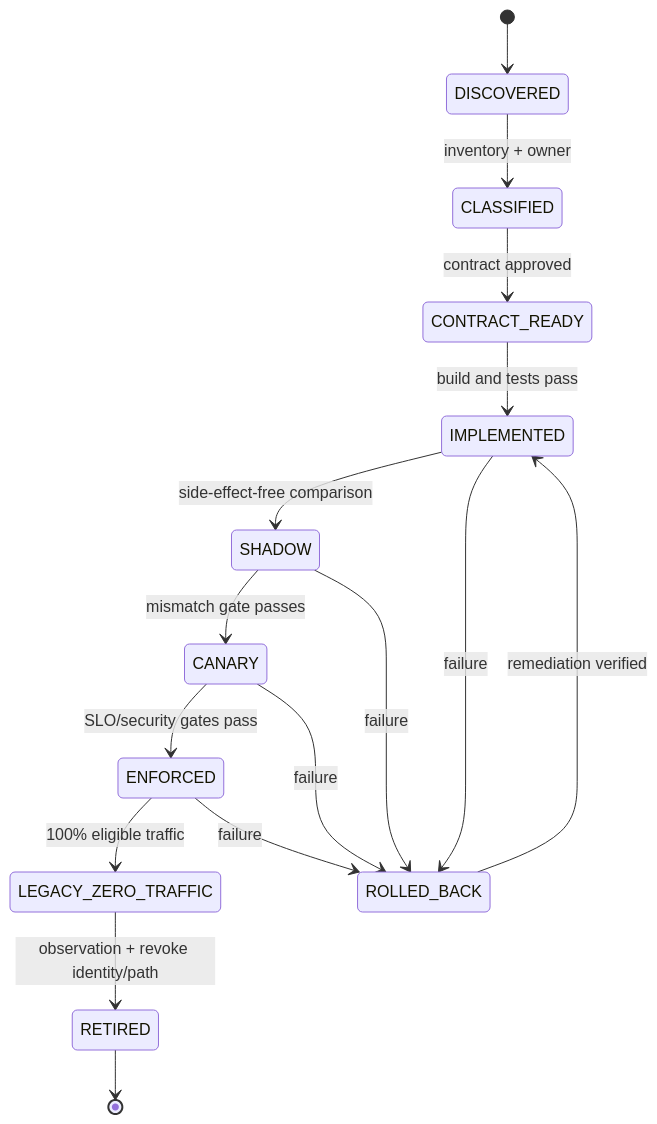
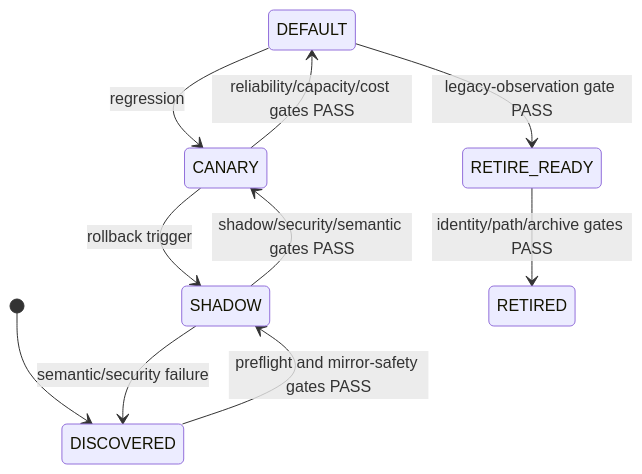
One commit to huynv-xyz/vhm changed the fifth of 5 diagrams in zero-trust.md. Above: the diagram before and after it, drawn with Mermaid. The commit also changed other lines of this file, not shown here.

First line of the commit message:
docs: refactor Zero Trust TDD for architecture review

````diff
--- a/zero-trust.md
+++ b/zero-trust.md
@@ -2298,19 +1078,13 @@
 ```mermaid
 stateDiagram-v2
+    state "DEFAULT" as TARGET_DEFAULT
     [*] --> DISCOVERED
-    DISCOVERED --> CLASSIFIED: inventory + owner
-    CLASSIFIED --> CONTRACT_READY: contract approved
-    CONTRACT_READY --> IMPLEMENTED: build and tests pass
-    IMPLEMENTED --> SHADOW: side-effect-free comparison
-    SHADOW --> CANARY: mismatch gate passes
-    CANARY --> ENFORCED: SLO/security gates pass
-    ENFORCED --> LEGACY_ZERO_TRAFFIC: 100% eligible traffic
-    LEGACY_ZERO_TRAFFIC --> RETIRED: observation + revoke identity/path
-    RETIRED --> [*]
-
-    IMPLEMENTED --> ROLLED_BACK: failure
-    SHADOW --> ROLLED_BACK: failure
-    CANARY --> ROLLED_BACK: failure
-    ENFORCED --> ROLLED_BACK: failure
-    ROLLED_BACK --> IMPLEMENTED: remediation verified
+    DISCOVERED --> SHADOW: preflight and mirror-safety gates PASS
+    SHADOW --> CANARY: shadow/security/semantic gates PASS
+    CANARY --> TARGET_DEFAULT: reliability/capacity/cost gates PASS
+    TARGET_DEFAULT --> RETIRE_READY: legacy-observation gate PASS
+    RETIRE_READY --> RETIRED: identity/path/archive gates PASS
+    SHADOW --> DISCOVERED: semantic/security failure
+    CANARY --> SHADOW: rollback trigger
+    TARGET_DEFAULT --> CANARY: regression
 ```
````
